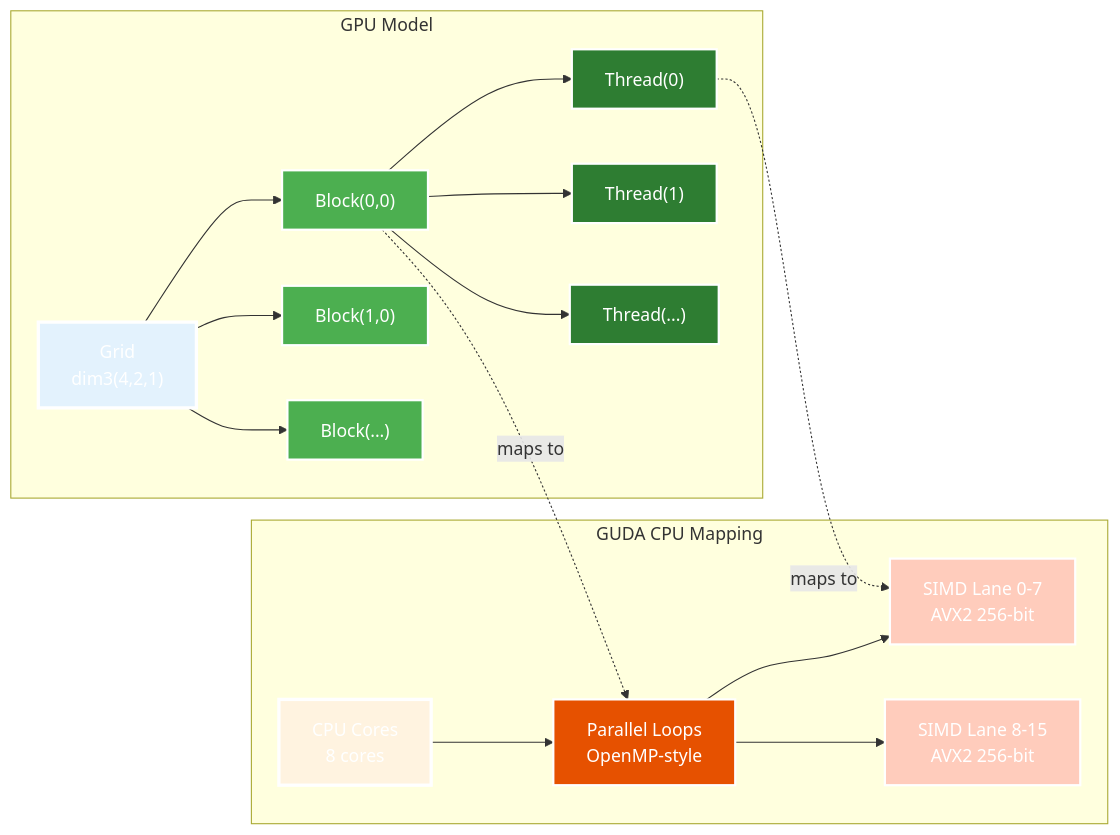
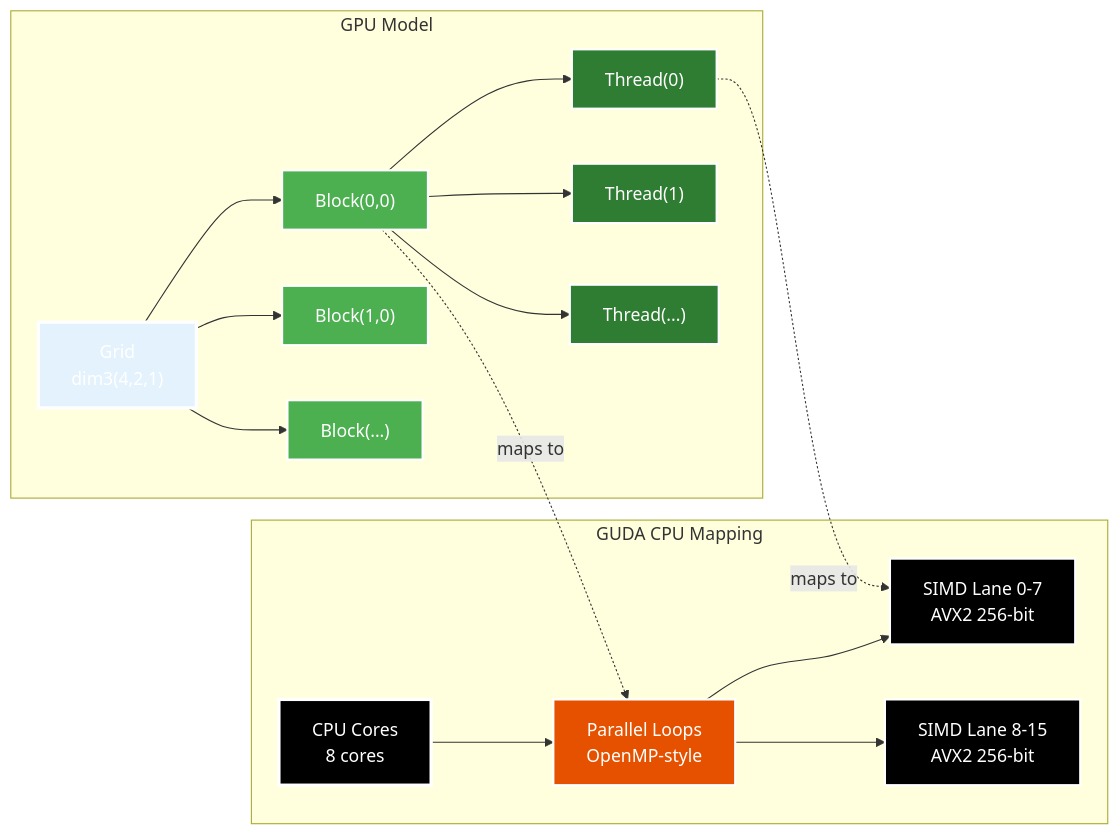
Before and after one commit to LynnColeArt/guda: the second of 4 diagrams in README.md, drawn with Mermaid.

Commit message:
Change tan/beige Mermaid diagram boxes to black for better contrast

````diff
--- a/README.md
+++ b/README.md
@@ -170,55 +170,55 @@
 ```mermaid
 graph LR
     subgraph "GPU Model"
         GRID["Grid<br/>dim3(4,2,1)"]
         BLOCK1["Block(0,0)"]
         BLOCK2["Block(1,0)"]
         BLOCK3["Block(...)"]
         THREAD1["Thread(0)"]
         THREAD2["Thread(1)"]
         THREAD3["Thread(...)"]
         
         GRID --> BLOCK1
         GRID --> BLOCK2
         GRID --> BLOCK3
         BLOCK1 --> THREAD1
         BLOCK1 --> THREAD2
         BLOCK1 --> THREAD3
     end
     
     subgraph "GUDA CPU Mapping"
         CORES["CPU Cores<br/>8 cores"]
         LOOP["Parallel Loops<br/>OpenMP-style"]
         SIMD1["SIMD Lane 0-7<br/>AVX2 256-bit"]
         SIMD2["SIMD Lane 8-15<br/>AVX2 256-bit"]
         
         CORES --> LOOP
         LOOP --> SIMD1
         LOOP --> SIMD2
     end
     
     BLOCK1 -.->|"maps to"| LOOP
     THREAD1 -.->|"maps to"| SIMD1
     
     %% High contrast GPU styling
     classDef gpuGrid fill:#76B900,stroke:#ffffff,stroke-width:3px,color:#ffffff
     classDef gpuBlock fill:#4CAF50,stroke:#ffffff,stroke-width:2px,color:#ffffff
     classDef gpuThread fill:#2E7D32,stroke:#ffffff,stroke-width:2px,color:#ffffff
     
     %% High contrast CPU styling  
     classDef cpuCore fill:#FF6B35,stroke:#ffffff,stroke-width:3px,color:#ffffff
     classDef cpuLoop fill:#E65100,stroke:#ffffff,stroke-width:2px,color:#ffffff
     classDef cpuSIMD fill:#BF360C,stroke:#ffffff,stroke-width:2px,color:#ffffff
     
     class GRID gpuGrid
     class BLOCK1,BLOCK2,BLOCK3 gpuBlock
     class THREAD1,THREAD2,THREAD3 gpuThread
     class CORES cpuCore
     class LOOP cpuLoop
     class SIMD1,SIMD2 cpuSIMD
     
     style GRID fill:#e3f2fd
-    style CORES fill:#fff3e0
-    style SIMD1 fill:#ffccbc
-    style SIMD2 fill:#ffccbc
+    style CORES fill:#000000
+    style SIMD1 fill:#000000
+    style SIMD2 fill:#000000
 ```
````
